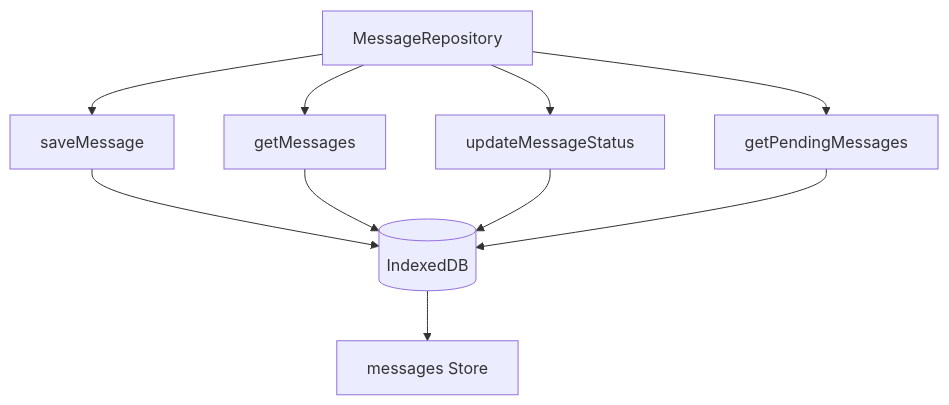
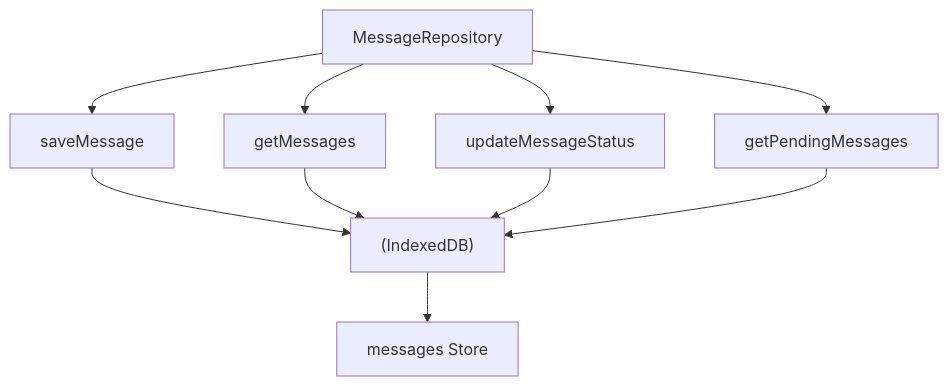
Diagram 11 of 14 in docs/component-architecture.md (amr-kasem/distributed-systems-react-chat-peer), drawn with Mermaid before and after one commit. The commit also changed other lines of this file and 7 other files, not shown here.

Commit message:
solved issues with diagrams

````diff
--- a/docs/component-architecture.md
+++ b/docs/component-architecture.md
@@ -356,16 +356,16 @@
 ```mermaid
 graph TB
     MsgRepo[MessageRepository]
     
     MsgRepo --> Save[saveMessage]
     MsgRepo --> Get[getMessages]
     MsgRepo --> Update[updateMessageStatus]
     MsgRepo --> Pending[getPendingMessages]
     
-    Save --> DB[(IndexedDB)]
+    Save --> DB["(IndexedDB)"]
     Get --> DB
     Update --> DB
     Pending --> DB
     
-    DB --> Store[messages Store]
+    DB --> Store["messages Store"]
 ```
````
